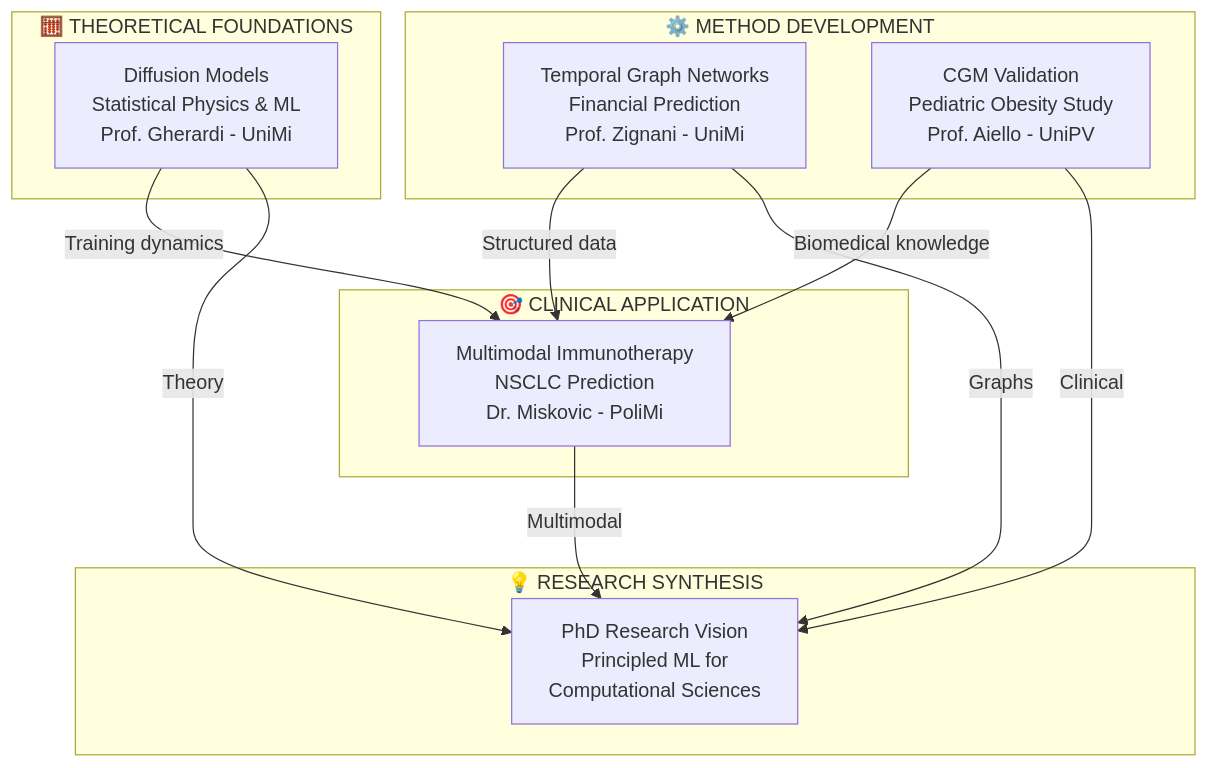
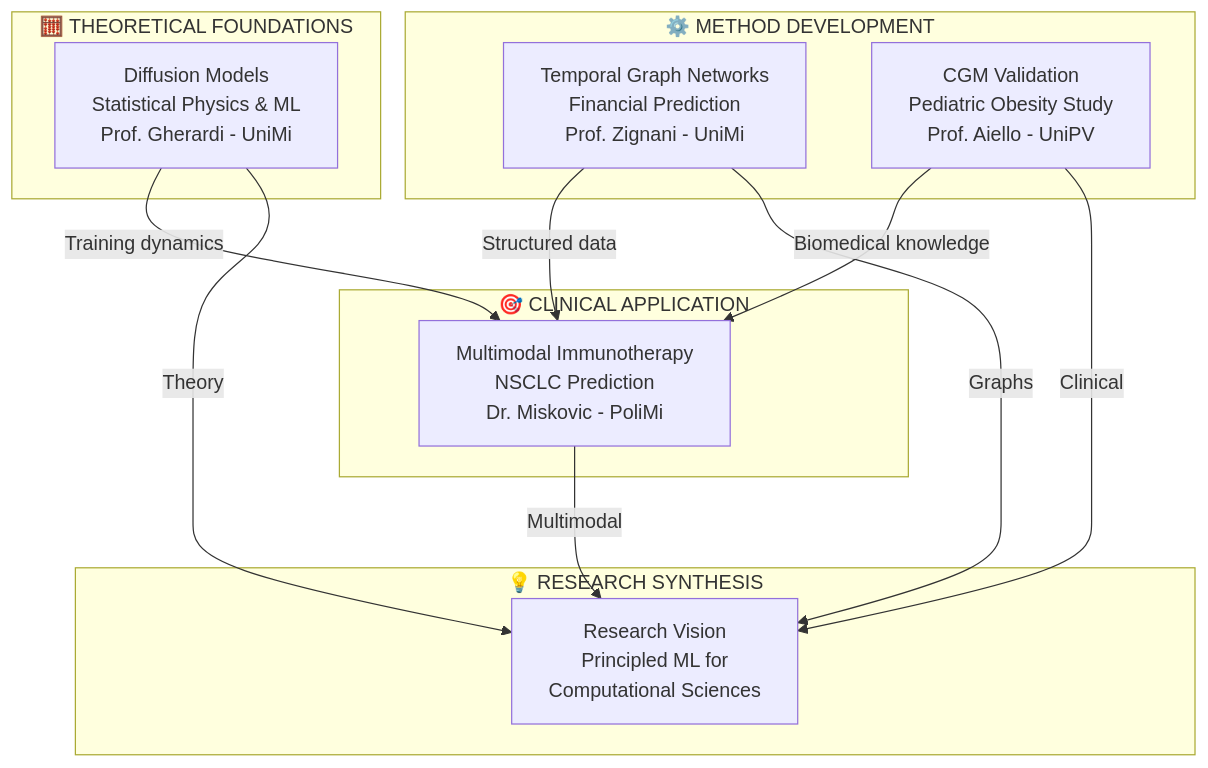
One commit to adityaravi9034/adityaravi9034 changed the first of 2 diagrams in README.md. Above: the diagram before and after it, drawn with Mermaid. The commit also changed other lines of this file, not shown here.

````diff
--- a/README.md
+++ b/README.md
@@ -30,28 +30,28 @@
 ```mermaid
 flowchart TD
     subgraph Theory[" 🧮 THEORETICAL FOUNDATIONS "]
         DM[Diffusion Models<br/>Statistical Physics & ML<br/>Prof. Gherardi - UniMi]
     end
     
     subgraph Methods[" ⚙️ METHOD DEVELOPMENT "]
         TGCN[Temporal Graph Networks<br/>Financial Prediction<br/>Prof. Zignani - UniMi]
         CGM[CGM Validation<br/>Pediatric Obesity Study<br/>Prof. Aiello - UniPV]
     end
     
     subgraph Application[" 🎯 CLINICAL APPLICATION "]
         MMIO[Multimodal Immunotherapy<br/>NSCLC Prediction<br/>Dr. Miskovic - PoliMi]
     end
     
     subgraph Synthesis[" 💡 RESEARCH SYNTHESIS "]
-        PHD[PhD Research Vision<br/>Principled ML for<br/>Computational Sciences ]
+        PHD[ Research Vision<br/>Principled ML for<br/>Computational Sciences ]
     end
 
     DM -->|Training dynamics| MMIO
     TGCN -->|Structured data| MMIO
     CGM -->|Biomedical knowledge| MMIO
     
     DM -->|Theory| PHD
     TGCN -->|Graphs| PHD
     CGM -->|Clinical| PHD
     MMIO -->|Multimodal| PHD
 ```
````
